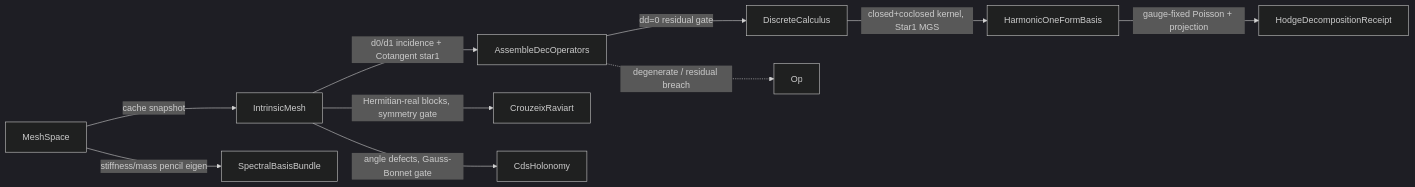
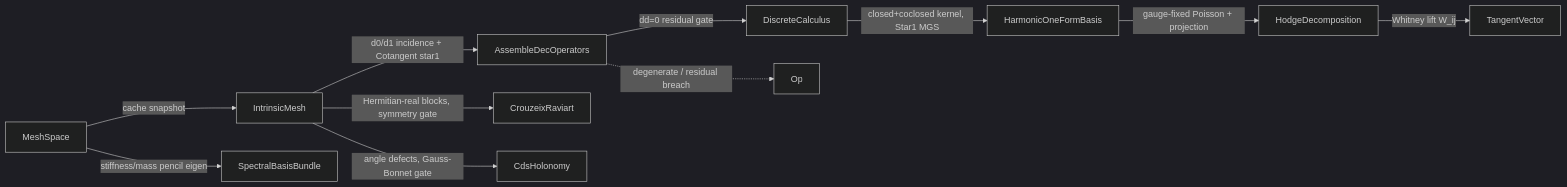
Before and after one commit to bsamiee/Rasm: the diagram in libs/csharp/Rasm/.planning/Meshing/dec.md, drawn with Mermaid (dark theme). The commit also changed other lines of this file and 48 other files, not shown here.

````diff
--- a/libs/csharp/Rasm/.planning/Meshing/dec.md
+++ b/libs/csharp/Rasm/.planning/Meshing/dec.md
@@ -296,12 +328,13 @@
 ```mermaid
 flowchart LR
     MeshSpace -->|cache snapshot| IntrinsicMesh
     IntrinsicMesh -->|d0/d1 incidence + Cotangent star1| AssembleDecOperators
     AssembleDecOperators -->|dd=0 residual gate| DiscreteCalculus
     DiscreteCalculus -->|closed+coclosed kernel, Star1 MGS| HarmonicOneFormBasis
-    HarmonicOneFormBasis -->|gauge-fixed Poisson + projection| HodgeDecompositionReceipt
+    HarmonicOneFormBasis -->|gauge-fixed Poisson + projection| HodgeDecomposition
+    HodgeDecomposition -->|Whitney lift W_ij| TangentVector
     IntrinsicMesh -->|Hermitian-real blocks, symmetry gate| CrouzeixRaviart
     IntrinsicMesh -->|angle defects, Gauss-Bonnet gate| CdsHolonomy
     MeshSpace -->|stiffness/mass pencil eigen| SpectralBasisBundle
     AssembleDecOperators -.->|degenerate / residual breach| Op
 ```
````
